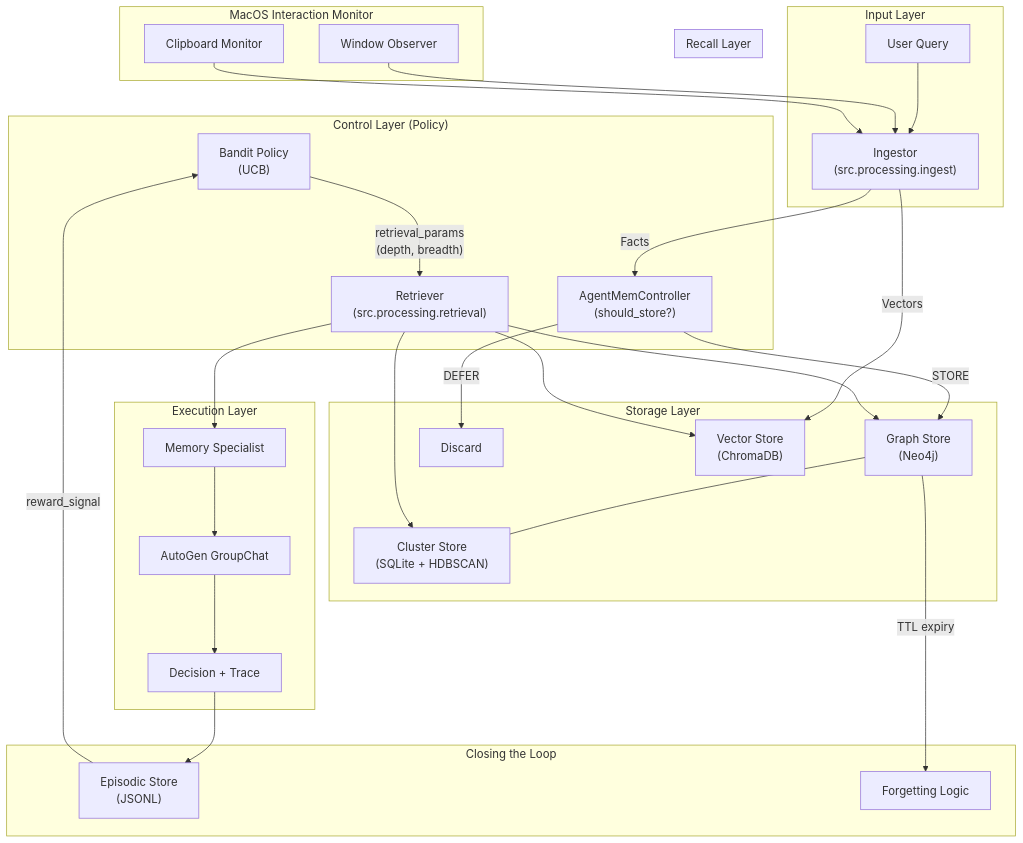
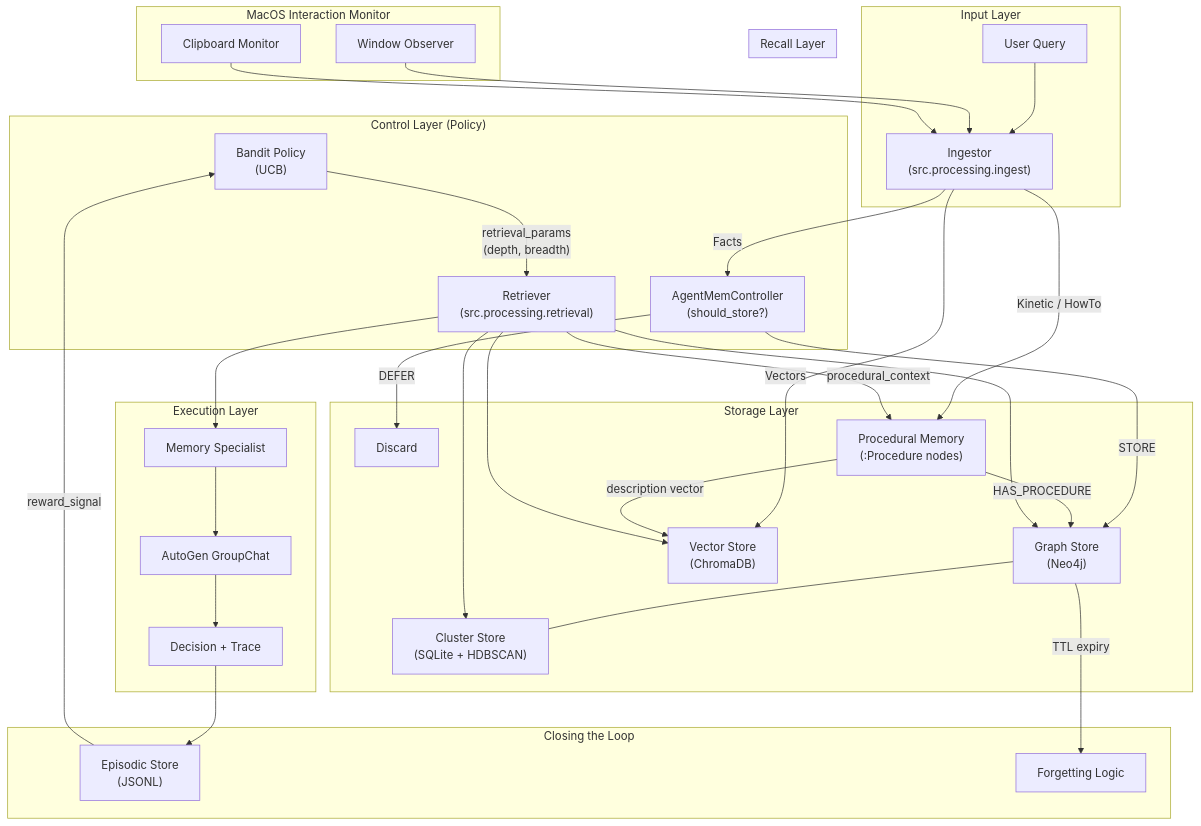
One commit to aadi2vec/tracemind changed the first of 7 diagrams in README.md. Above: the diagram before and after it, drawn with Mermaid. The commit also changed other lines of this file and 7 other files, not shown here.

Commit message:
Phase 10: Implement Procedural Memory (Kinetic Actions / Palantir Verbs)

````diff
--- a/README.md
+++ b/README.md
@@ -52,41 +52,45 @@
 ```mermaid
 graph TD
     subgraph Input ["Input Layer"]
         U["User Query"] --> I["Ingestor\n(src.processing.ingest)"]
     end
 
     subgraph Controller ["Control Layer (Policy)"]
         I -->|"Facts"| HC["AgentMemController\n(should_store?)"]
         P["Bandit Policy\n(UCB)"] -->|"retrieval_params\n(depth, breadth)"| R
     end
 
     subgraph Storage ["Storage Layer"]
         HC -->|"STORE"| GS["Graph Store\n(Neo4j)"]
         HC -->|"DEFER"| SINK["Discard"]
         GS --- CS["Cluster Store\n(SQLite + HDBSCAN)"]
         I -->|"Vectors"| VS["Vector Store\n(ChromaDB)"]
+        I -->|"Kinetic / HowTo"| PROC["Procedural Memory\n(:Procedure nodes)"]
+        PROC -->|"HAS_PROCEDURE"| GS
+        PROC -->|"description vector"| VS
     end
 
     subgraph Retrieval ["Recall Layer"]
         R["Retriever\n(src.processing.retrieval)"] --> VS
         R --> GS
         R --> CS
+        R -->|"procedural_context"| PROC
     end
 
     subgraph Reasoning ["Execution Layer"]
         R --> MS["Memory Specialist"]
         MS --> AG["AutoGen GroupChat"]
         AG --> D["Decision + Trace"]
     end
 
     subgraph Feedback ["Closing the Loop"]
         D --> ES["Episodic Store\n(JSONL)"]
         ES -->|"reward_signal"| P
         GS -->|"TTL expiry"| FORGET["Forgetting Logic"]
     end
 
     subgraph Passive ["MacOS Interaction Monitor"]
         M1["Window Observer"] --> I
         M2["Clipboard Monitor"] --> I
     end
 ```
````
